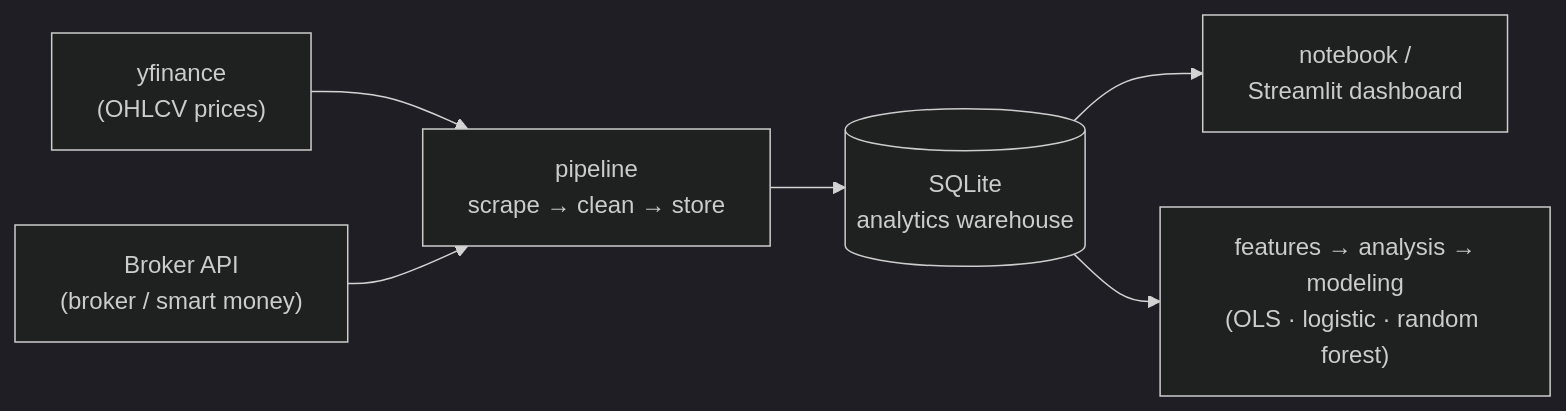
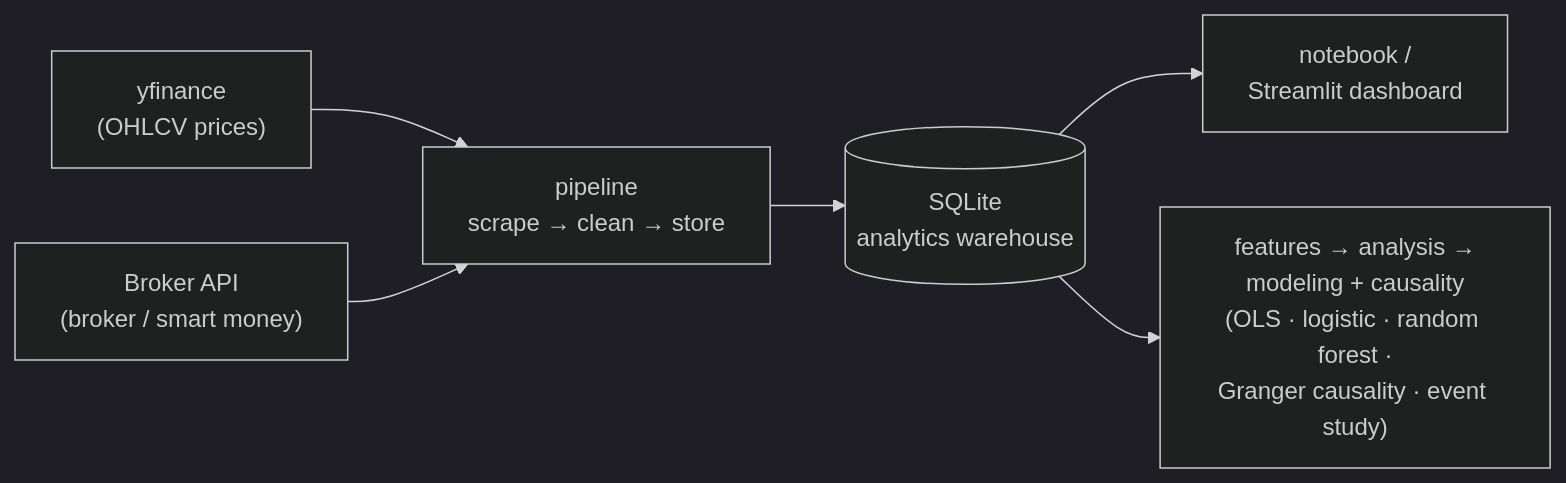
Before and after one commit to IgnatiusHarry/idx-bandarmology: the diagram in README.md, drawn with Mermaid (dark theme). The commit also changed other lines of this file and 5 other files, not shown here.

Commit message:
Sync upgraded dashboard: Granger causality + broker-specific validation; refresh README and screenshots

````diff
--- a/README.md
+++ b/README.md
@@ -24,8 +24,8 @@
 ```mermaid
 flowchart LR
     yf["yfinance<br/>(OHLCV prices)"] --> pipe
     broker["Broker API<br/>(broker / smart money)"] --> pipe
     pipe["pipeline<br/>scrape → clean → store"] --> db[("SQLite<br/>analytics warehouse")]
     db --> consume["notebook /<br/>Streamlit dashboard"]
-    db --> model["features → analysis →<br/>modeling<br/>(OLS · logistic · random forest)"]
+    db --> model["features → analysis →<br/>modeling + causality<br/>(OLS · logistic · random forest ·<br/>Granger causality · event study)"]
 ```
````
